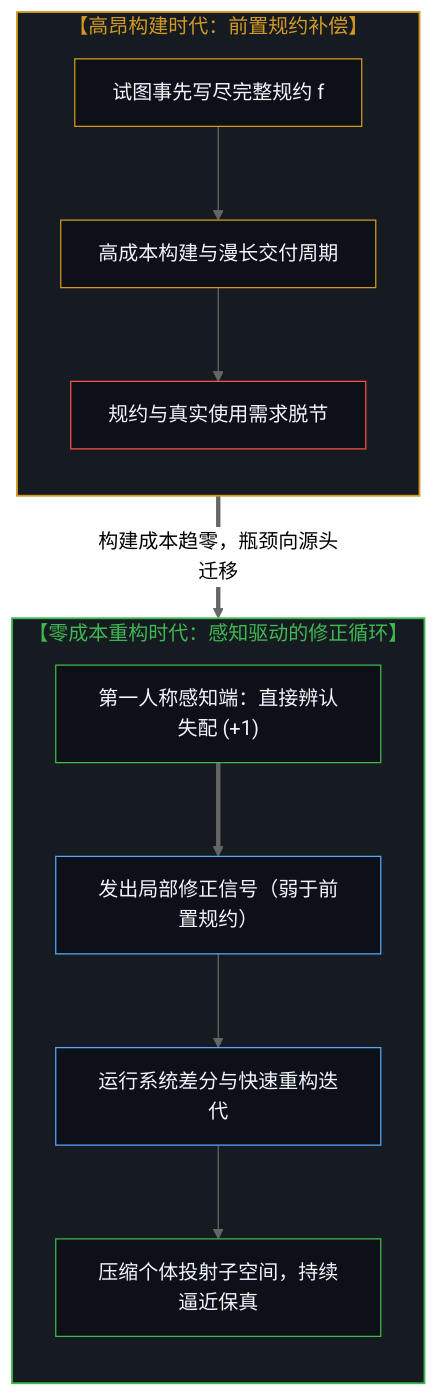
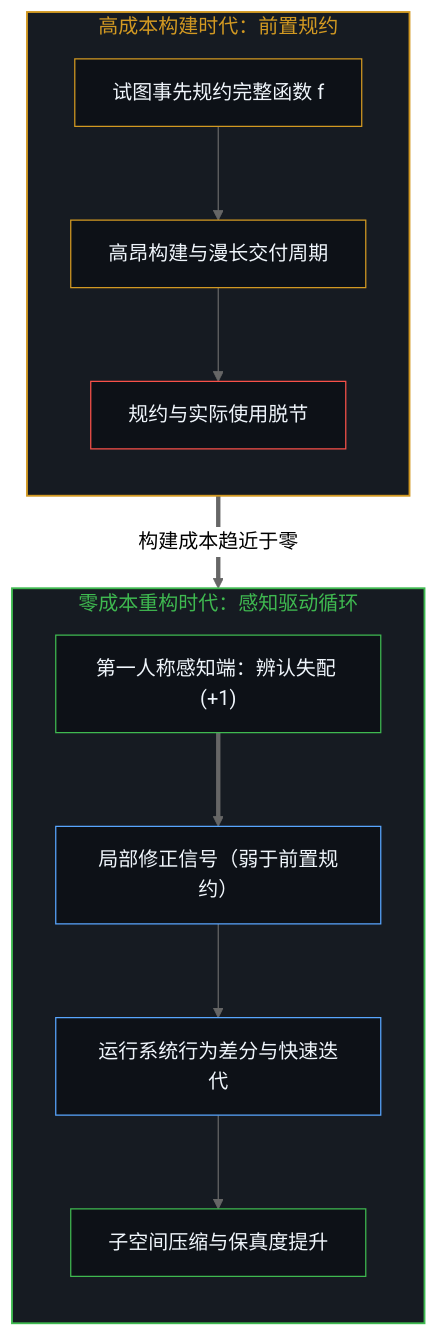
Before and after one commit to powerpig99/not-a-toe: the first of 2 diagrams in content/posts/minimizing-path.md, drawn with Mermaid (neutral theme). The commit also changed other lines of this file and 6 other files, not shown here.

````diff
--- a/content/posts/minimizing-path.md
+++ b/content/posts/minimizing-path.md
@@ -31,31 +31,28 @@
 ```mermaid
 flowchart TD
-    subgraph S_Old["【高昂构建时代：前置规约补偿】"]
+    subgraph S_Old["高成本构建时代：前置规约"]
         direction TB
-        Upfront["试图事先写尽完整规约 f"]
-        ExpensiveBuild["高成本构建与漫长交付周期"]
-        Drift["规约与真实使用需求脱节"]
+        Upfront["试图事先规约完整函数 f"]
+        ExpensiveBuild["高昂构建与漫长交付周期"]
+        Drift["规约与实际使用脱节"]
         Upfront --> ExpensiveBuild --> Drift
     end
-
-    S_Old ==>|"构建成本趋零，瓶颈向源头迁移"| S_New
-
-    subgraph S_New["【零成本重构时代：感知驱动的修正循环】"]
+    S_Old ==>|"构建成本趋近于零"| S_New
+    subgraph S_New["零成本重构时代：感知驱动循环"]
         direction TB
-        Sensing["第一人称感知端：直接辨认失配 (+1)"]
-        Correction["发出局部修正信号（弱于前置规约）"]
-        Iteration["运行系统差分与快速重构迭代"]
-        Fidelity["压缩个体投射子空间，持续逼近保真"]
+        Sensing["第一人称感知端：辨认失配 (+1)"]
+        Correction["局部修正信号（弱于前置规约）"]
+        Iteration["运行系统行为差分与快速迭代"]
+        Fidelity["子空间压缩与保真度提升"]
         Sensing ==> Correction --> Iteration --> Fidelity
     end
-
     style S_Old fill:#161b22,stroke:#d29922,stroke-width:1.5px,color:#d29922
     style S_New fill:#161b22,stroke:#3fb950,stroke-width:1.5px,color:#3fb950
     style Upfront fill:#0d1117,stroke:#d29922,stroke-width:1px,color:#f0f6fc
     style ExpensiveBuild fill:#0d1117,stroke:#d29922,stroke-width:1px,color:#f0f6fc
     style Drift fill:#0d1117,stroke:#f85149,stroke-width:1px,color:#f0f6fc
     style Sensing fill:#0d1117,stroke:#3fb950,stroke-width:1px,color:#f0f6fc
     style Correction fill:#0d1117,stroke:#58a6ff,stroke-width:1px,color:#f0f6fc
     style Iteration fill:#0d1117,stroke:#58a6ff,stroke-width:1px,color:#f0f6fc
     style Fidelity fill:#0d1117,stroke:#3fb950,stroke-width:1px,color:#f0f6fc
 ```
````
